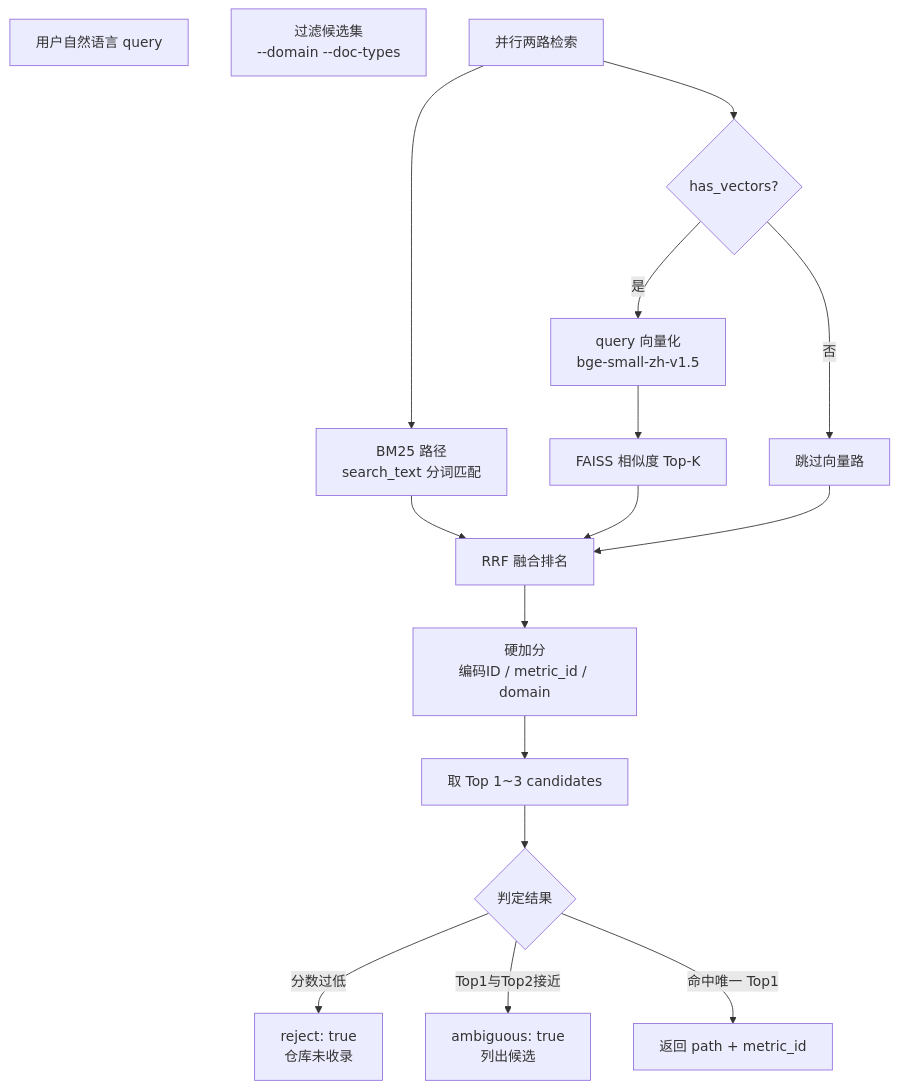
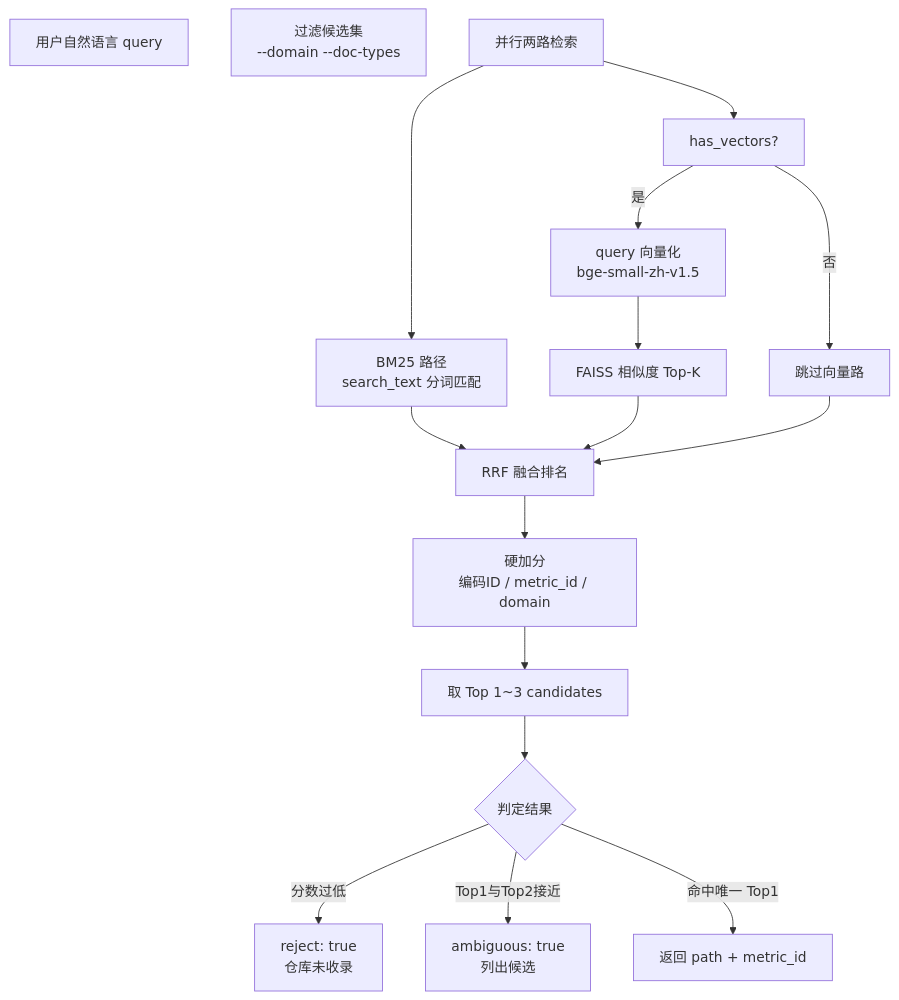
One commit to XueShaoy/xsy changed the fourth of 5 diagrams in content/posts/local-text-to-sql-rag/index.md. Above: the diagram before and after it, drawn with Mermaid. The commit also changed other lines of this file and 1 other file, not shown here.

First line of the commit message:
fix: 修复手机端 mermaid 底部 syntax error

````diff
--- a/content/posts/local-text-to-sql-rag/index.md
+++ b/content/posts/local-text-to-sql-rag/index.md
@@ -262,25 +262,25 @@
 ```mermaid
 flowchart TD
     UserQuery["用户自然语言 query"]
     FilterScope["过滤候选集<br/>--domain --doc-types"]
     ParallelSearch["并行两路检索"]
 
     ParallelSearch --> BM25Path["BM25 路径<br/>search_text 分词匹配"]
-    ParallelSearch --> VecPath{"has_vectors?"}
+    ParallelSearch --> VecPath["has_vectors?"]
 
     VecPath -->|是| EmbedQuery["query 向量化<br/>bge-small-zh-v1.5"]
     EmbedQuery --> FaissSearch["FAISS 相似度 Top-K"]
     VecPath -->|否| SkipVec["跳过向量路"]
 
     BM25Path --> RRF["RRF 融合排名"]
     FaissSearch --> RRF
     SkipVec --> RRF
 
     RRF --> HardBoost["硬加分<br/>编码ID / metric_id / domain"]
     HardBoost --> TopK["取 Top 1~3 candidates"]
 
     TopK --> Decision{"判定结果"}
     Decision -->|分数过低| Reject["reject: true<br/>仓库未收录"]
     Decision -->|Top1与Top2接近| Ambiguous["ambiguous: true<br/>列出候选"]
     Decision -->|命中唯一 Top1| Hit["返回 path + metric_id"]
 ```
````
